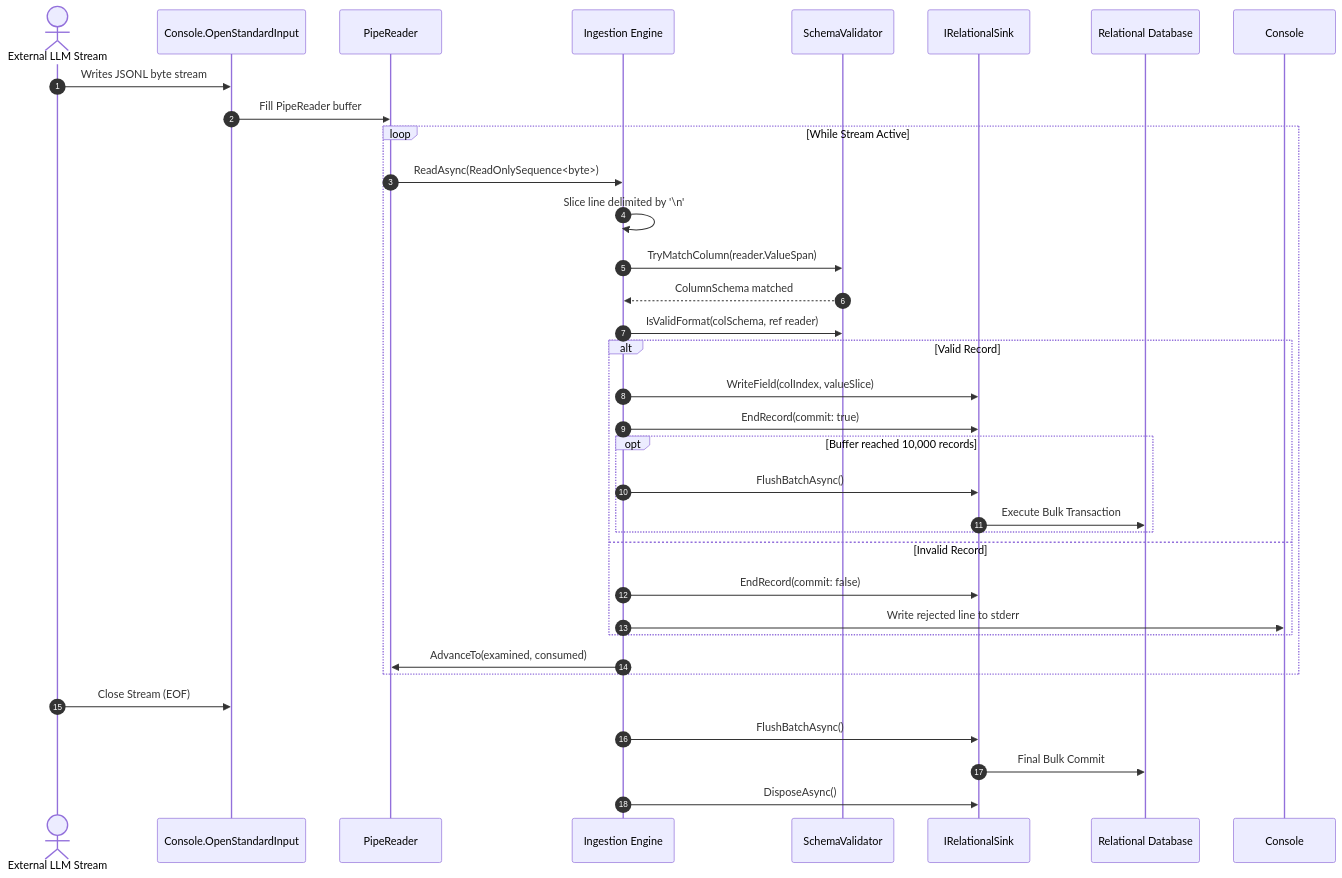
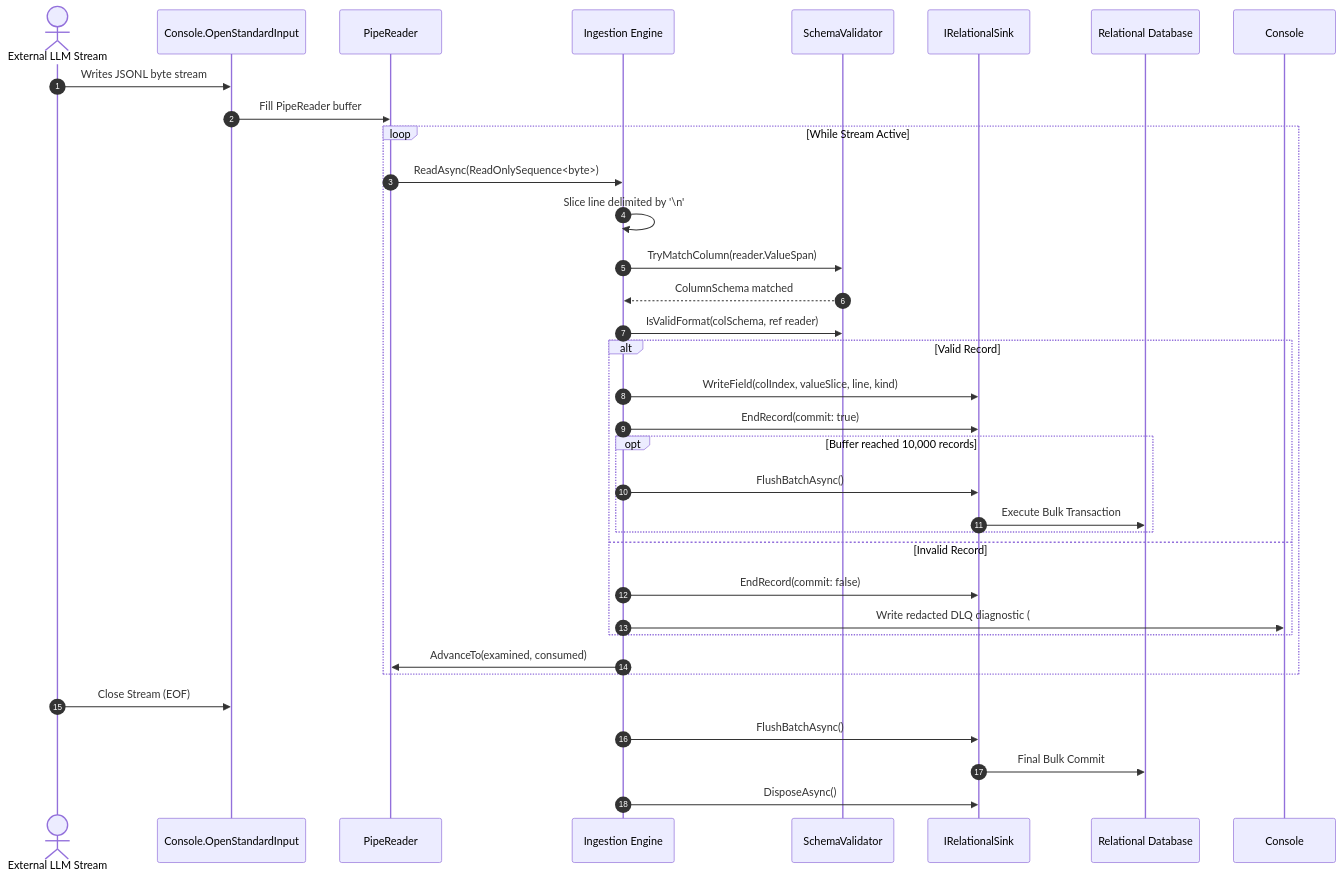
The second of 3 diagrams in ARCHITECTURE_SPEC.md (ian-cowley/Glacier.Forge), drawn with Mermaid before and after one commit. The commit also changed other lines of this file and 18 other files, not shown here.

Commit message:
fix(forge): harden webhook auth, zero-alloc JSON unescaping, PII-redacted DLQ, and sanitized config templates

````diff
--- a/ARCHITECTURE_SPEC.md
+++ b/ARCHITECTURE_SPEC.md
@@ -215,37 +215,37 @@
 ```mermaid
 sequenceDiagram
     autonumber
     actor Pipeline as External LLM Stream
     participant Stdin as Console.OpenStandardInput
     participant Reader as PipeReader
     participant Forge as Ingestion Engine
     participant Trie as SchemaValidator
     participant Sink as IRelationalSink
     participant DB as Relational Database
 
     Pipeline->>Stdin: Writes JSONL byte stream
     Stdin->>Reader: Fill PipeReader buffer
     loop While Stream Active
         Reader->>Forge: ReadAsync(ReadOnlySequence<byte>)
         Forge->>Forge: Slice line delimited by '\n'
         Forge->>Trie: TryMatchColumn(reader.ValueSpan)
         Trie-->>Forge: ColumnSchema matched
         Forge->>Trie: IsValidFormat(colSchema, ref reader)
         alt Valid Record
-            Forge->>Sink: WriteField(colIndex, valueSlice)
+            Forge->>Sink: WriteField(colIndex, valueSlice, line, kind)
             Forge->>Sink: EndRecord(commit: true)
             opt Buffer reached 10,000 records
                 Forge->>Sink: FlushBatchAsync()
                 Sink->>DB: Execute Bulk Transaction
             end
         else Invalid Record
             Forge->>Sink: EndRecord(commit: false)
-            Forge->>Console: Write rejected line to stderr
+            Forge->>Console: Write redacted DLQ diagnostic (#N, bytes) to stderr
         end
         Forge->>Reader: AdvanceTo(examined, consumed)
     end
     Pipeline->>Stdin: Close Stream (EOF)
     Forge->>Sink: FlushBatchAsync()
     Sink->>DB: Final Bulk Commit
     Forge->>Sink: DisposeAsync()
 ```
````
